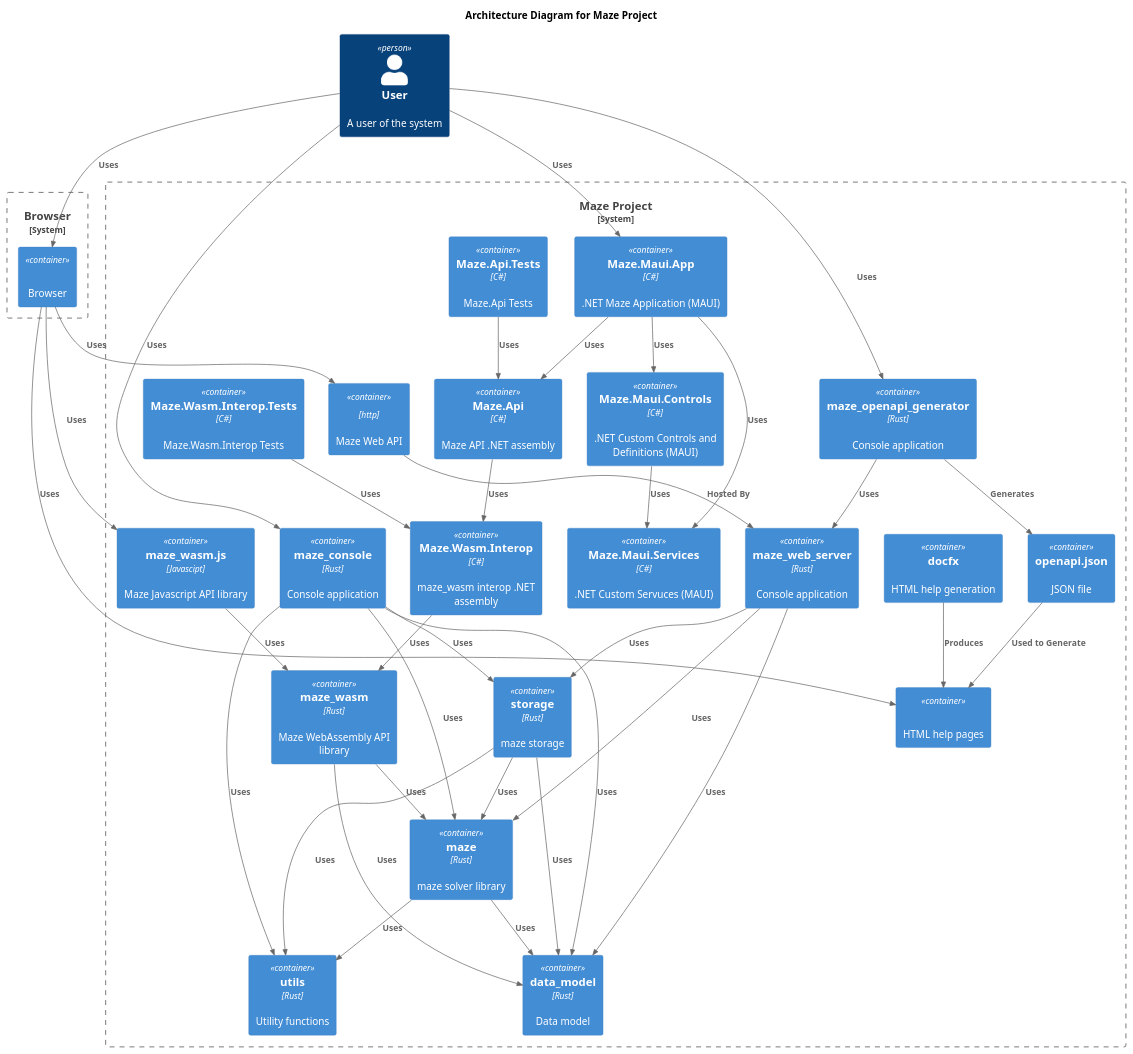
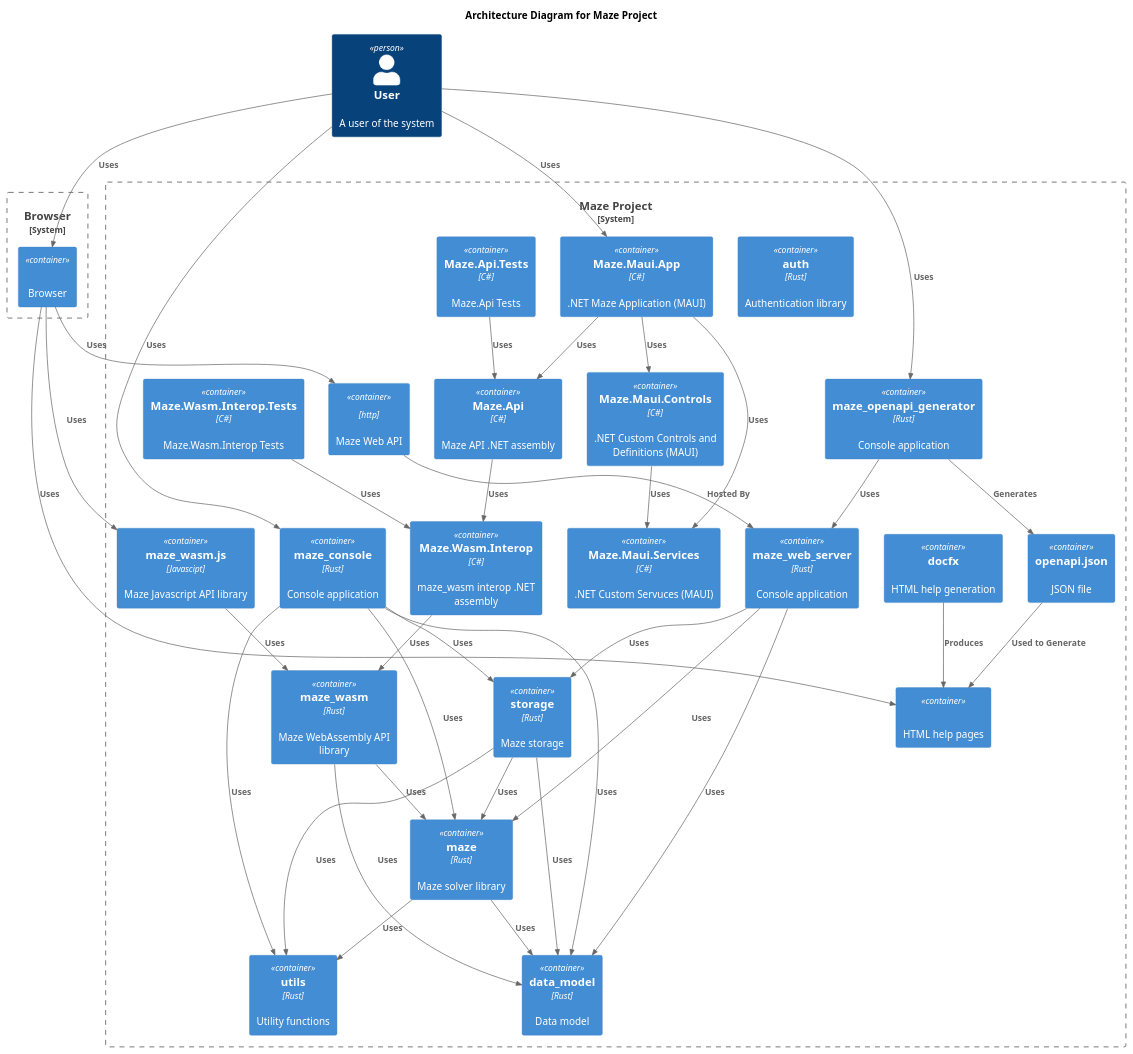
One commit to budgiedownunder/maze changed the diagram in docs/diagrams/architecture.puml. Above: the diagram before and after it, drawn with PlantUML. The commit also changed 9 other files, not shown here.

```diff
--- a/docs/diagrams/architecture.puml
+++ b/docs/diagrams/architecture.puml
@@ -2,72 +2,73 @@
 @startuml
 
 !include https://raw.githubusercontent.com/plantuml-stdlib/C4-PlantUML/master/C4_Container.puml
 
 title Architecture Diagram for Maze Project
 
 Person(user, "User", "A user of the system")
 
 System_Boundary(c1, "Browser") {
     Container(browser, "", "", "Browser")
 }
 
 System_Boundary(c2, "Maze Project") {
     Container(html_help, "", "", "HTML help pages")
+    Container(auth, "auth", "Rust", "Authentication library")
     Container(data_model, "data_model", "Rust", "Data model")
     Container(docfx, "docfx", "", "HTML help generation")
-    Container(maze, "maze", "Rust", "maze solver library")
+    Container(maze, "maze", "Rust", "Maze solver library")
     Container(maze_maui_app_net, "Maze.Maui.App", "C#", ".NET Maze Application (MAUI)")
     Container(maze_maui_controls_net, "Maze.Maui.Controls", "C#", ".NET Custom Controls and Definitions (MAUI)")
     Container(maze_maui_services_net, "Maze.Maui.Services", "C#", ".NET Custom Servuces (MAUI)")
     Container(maze_api_net_tests, "Maze.Api.Tests", "C#", "Maze.Api Tests")
     Container(maze_api_net, "Maze.Api", "C#", "Maze API .NET assembly")
     Container(maze_wasm_interop_net_tests, "Maze.Wasm.Interop.Tests", "C#", "Maze.Wasm.Interop Tests")
     Container(maze_wasm_interop_net, "Maze.Wasm.Interop", "C#", "maze_wasm interop .NET assembly")
     Container(maze_wasm_js, "maze_wasm.js", "Javascipt", "Maze Javascript API library")
     Container(maze_wasm, "maze_wasm", "Rust", "Maze WebAssembly API library")
     Container(maze_console, "maze_console", "Rust", "Console application")
     Container(maze_web_api, "", "http", "Maze Web API")
     Container(maze_web_server, "maze_web_server", "Rust", "Console application")
     Container(maze_openapi_generator, "maze_openapi_generator", "Rust", "Console application")
     Container(openapi_json, "openapi.json", "", "JSON file")
-    Container(storage, "storage", "Rust", "maze storage")
+    Container(storage, "storage", "Rust", "Maze storage")
     Container(utils, "utils", "Rust", "Utility functions")
 }
 
 Rel(user, browser, "Uses")
 Rel(browser, html_help, "Uses")
 Rel(browser, maze_wasm_js, "Uses")
 Rel(docfx, html_help, "Produces")
 Rel(user, maze_console, "Uses")
 Rel(maze_console, data_model, "Uses")
 Rel(maze_console, maze, "Uses")
 Rel(maze_console, storage, "Uses")
 Rel(maze_console, utils, "Uses")
 Rel(browser, maze_web_api, "Uses")
 Rel(maze_web_api, maze_web_server, "Hosted By")
 Rel(maze_web_server, data_model, "Uses")
 Rel(maze_web_server, maze, "Uses")
 Rel(maze_web_server, storage, "Uses")
 Rel(user, maze_openapi_generator, "Uses")
 Rel(maze_openapi_generator, maze_web_server, "Uses")
 Rel(maze_openapi_generator, openapi_json, "Generates")
 Rel(openapi_json, html_help, "Used to Generate")
 Rel(user, maze_maui_app_net, "Uses")
 Rel(maze_maui_app_net, maze_maui_controls_net, "Uses")
 Rel(maze_maui_app_net, maze_maui_services_net, "Uses")
 Rel(maze_maui_app_net, maze_api_net, "Uses")
 Rel(maze_maui_controls_net, maze_maui_services_net, "Uses")
 Rel(maze_api_net_tests, maze_api_net, "Uses")
 Rel(maze_api_net, maze_wasm_interop_net, "Uses")
 Rel(maze_wasm_interop_net_tests, maze_wasm_interop_net, "Uses")
 Rel(maze_wasm_interop_net, maze_wasm, "Uses")
 Rel(maze_wasm_js, maze_wasm, "Uses")
 Rel(maze_wasm, data_model, "Uses")
 Rel(maze_wasm, maze, "Uses")
 Rel(storage, data_model, "Uses")
 Rel(storage, maze, "Uses")
 Rel(storage, utils, "Uses")
 Rel(maze, data_model, "Uses")
 Rel(maze, utils, "Uses")
 
 @enduml
```
